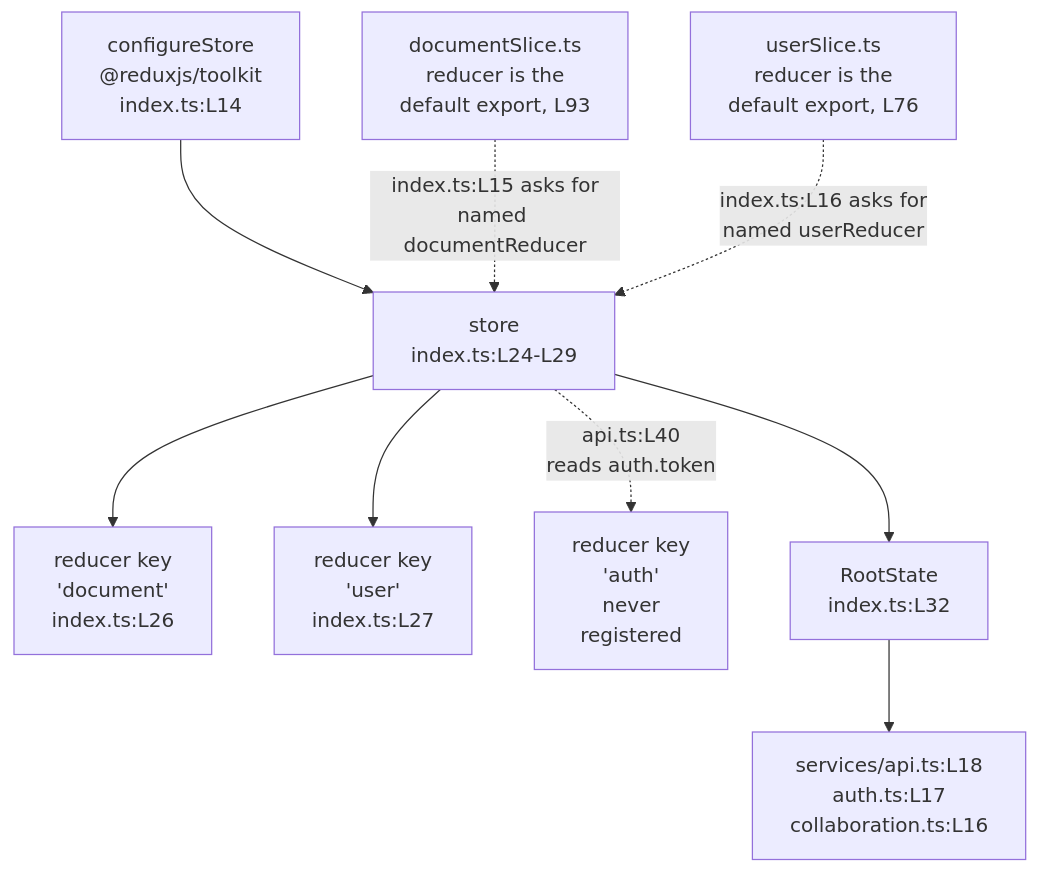
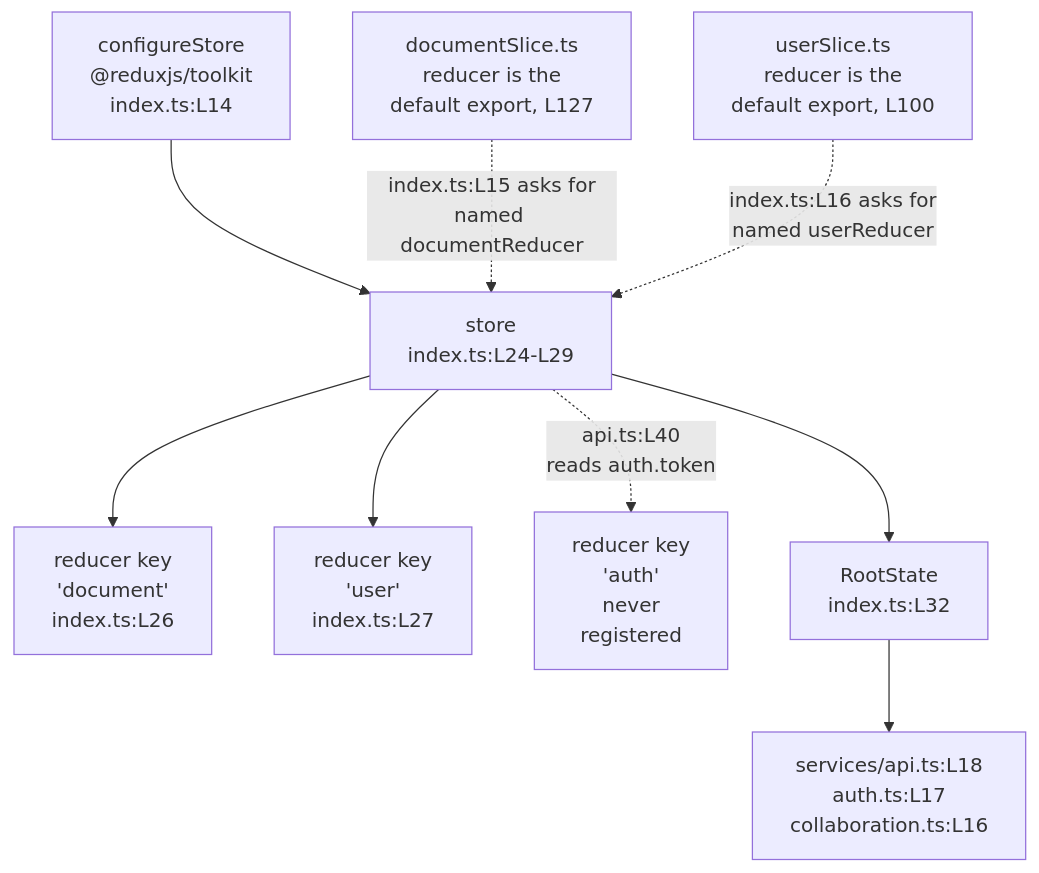
One commit to blitzy-public-samples/microsoft-word-u33ko0 changed the diagram in frontend/src/store/README.md. Above: the diagram before and after it, drawn with Mermaid. The commit also changed other lines of this file and 47 other files, not shown here.

````diff
--- a/frontend/src/store/README.md
+++ b/frontend/src/store/README.md
@@ -112,16 +112,16 @@
 ```mermaid
 graph TD
     accTitle: Store composition, the two registered slices and the auth key that is never registered
     accDescr: Dashed edges mark unresolved imports and a reducer key the store never registers. Both slices export their reducer as a default while the store asks for a named export.
     RTK["configureStore<br/>@reduxjs/toolkit<br/>index.ts:L14"] --> STORE["store<br/>index.ts:L24-L29"]
-    DSLICE["documentSlice.ts<br/>reducer is the<br/>default export, L93"]
-    USLICE["userSlice.ts<br/>reducer is the<br/>default export, L76"]
+    DSLICE["documentSlice.ts<br/>reducer is the<br/>default export, L127"]
+    USLICE["userSlice.ts<br/>reducer is the<br/>default export, L100"]
     DSLICE -.->|"index.ts:L15 asks for<br/>named documentReducer"| STORE
     USLICE -.->|"index.ts:L16 asks for<br/>named userReducer"| STORE
     STORE --> DKEY["reducer key<br/>'document'<br/>index.ts:L26"]
     STORE --> UKEY["reducer key<br/>'user'<br/>index.ts:L27"]
     STORE -.->|"api.ts:L40<br/>reads auth.token"| AKEY["reducer key<br/>'auth'<br/>never<br/>registered"]
     STORE --> RS["RootState<br/>index.ts:L32"]
     RS --> SVC["services/api.ts:L18<br/>auth.ts:L17<br/>collaboration.ts:L16"]
 %% Dashed edges mark unresolved imports and a reducer key the store never registers
 ```
````
